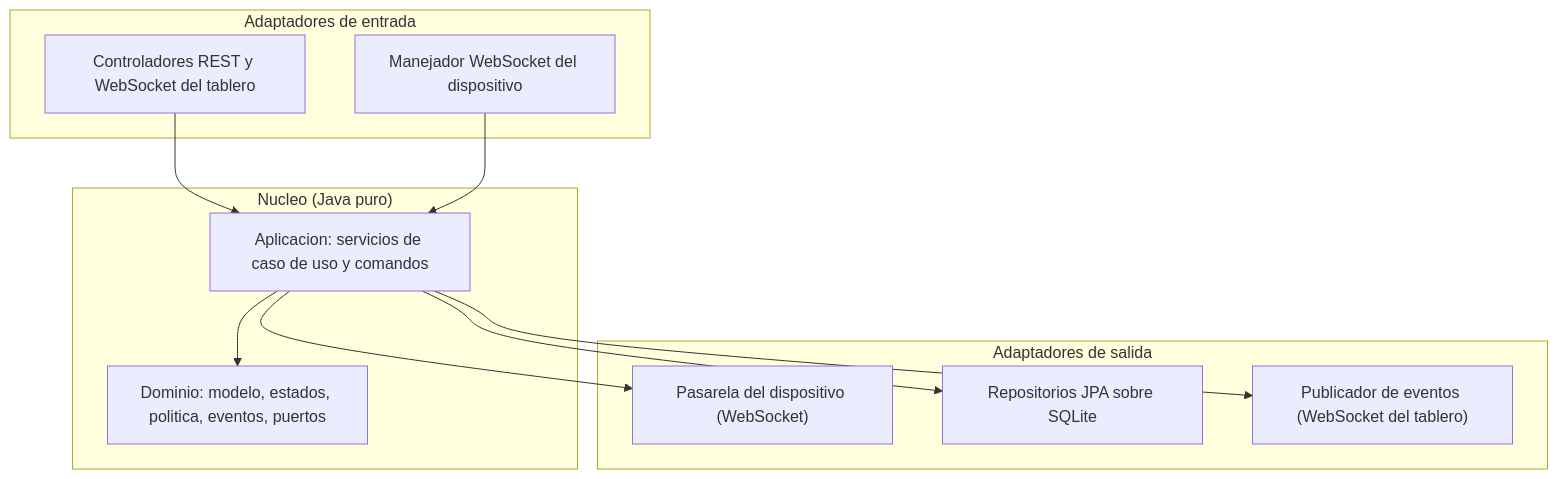
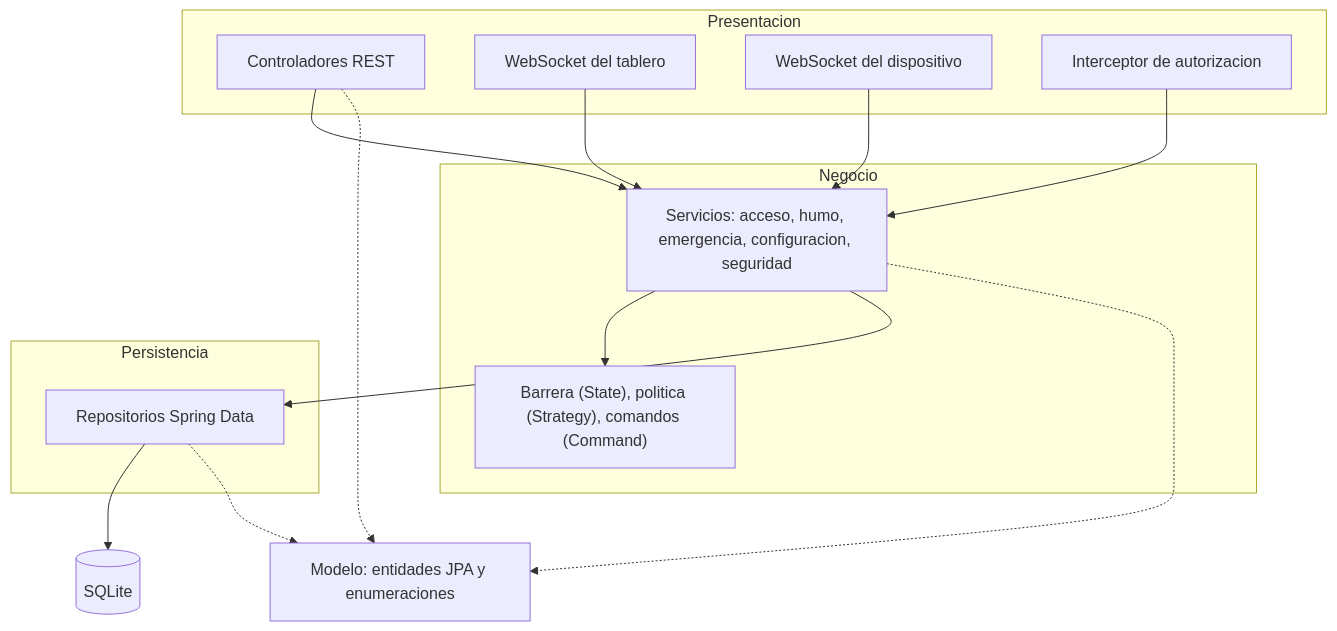
Before and after one commit to ElFernanduz/SmartParking: the fifth of 13 diagrams in docs/especificacion_tecnica_smart_parking.md, drawn with Mermaid. The commit also changed other lines of this file and 263 other files, not shown here.

First line of the commit message:
Reescritura del backend en arquitectura por capas sobre Spring Boot 4

````diff
--- a/docs/especificacion_tecnica_smart_parking.md
+++ b/docs/especificacion_tecnica_smart_parking.md
@@ -807,23 +918,29 @@
 ```mermaid
 flowchart TB
-    subgraph ENT["Adaptadores de entrada"]
-        WEB["Controladores REST y WebSocket del tablero"]
-        DIN["Manejador WebSocket del dispositivo"]
+    subgraph PRES["Presentacion"]
+        WEB["Controladores REST"]
+        TAB["WebSocket del tablero"]
+        DIN["WebSocket del dispositivo"]
+        SEG["Interceptor de autorizacion"]
     end
-    subgraph CORE["Nucleo (Java puro)"]
-        APP["Aplicacion: servicios de caso de uso y comandos"]
-        DOM["Dominio: modelo, estados, politica, eventos, puertos"]
+    subgraph NEG["Negocio"]
+        SRV["Servicios: acceso, humo, emergencia, configuracion, seguridad"]
+        PAT["Barrera (State), politica (Strategy), comandos (Command)"]
     end
-    subgraph SAL["Adaptadores de salida"]
-        DOUT["Pasarela del dispositivo (WebSocket)"]
-        REPO["Repositorios JPA sobre SQLite"]
-        PUB["Publicador de eventos (WebSocket del tablero)"]
+    subgraph DAT["Persistencia"]
+        REPO["Repositorios Spring Data"]
     end
+    MOD["Modelo: entidades JPA y enumeraciones"]
+    DB[("SQLite")]
 
-    WEB --> APP
-    DIN --> APP
-    APP --> DOM
-    APP --> DOUT
-    APP --> REPO
-    APP --> PUB
+    WEB --> SRV
+    TAB --> SRV
+    DIN --> SRV
+    SEG --> SRV
+    SRV --> PAT
+    SRV --> REPO
+    REPO --> DB
+    SRV -.-> MOD
+    REPO -.-> MOD
+    WEB -.-> MOD
 ```
````
